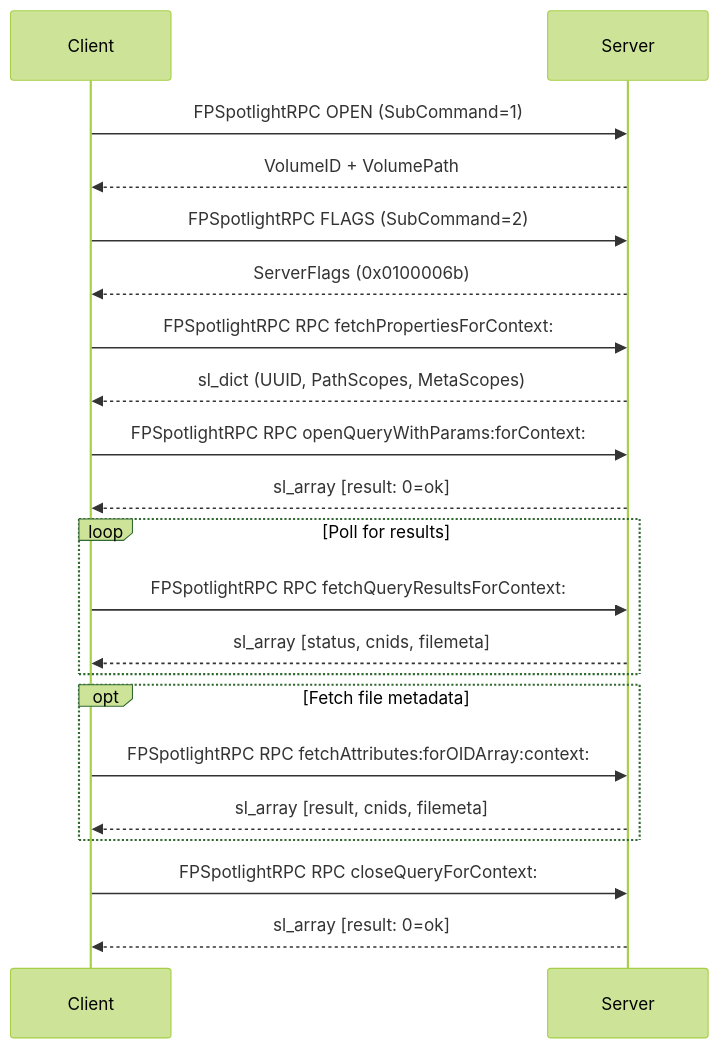
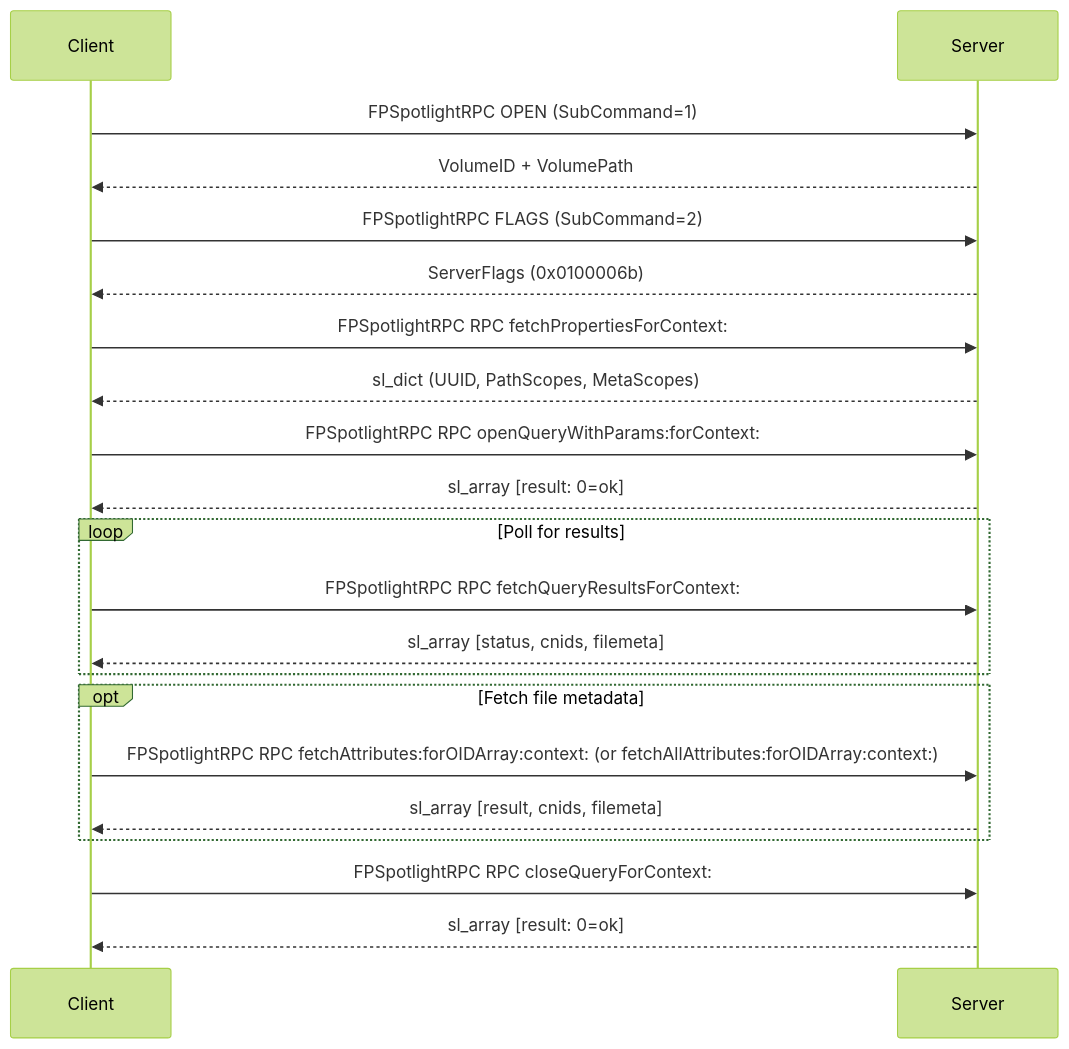
One commit to Netatalk/netatalk.io changed the first of 3 diagrams in spec/FPSpotlightRPC.md. Above: the diagram before and after it, drawn with Mermaid (forest theme). The commit also changed other lines of this file, not shown here.

````diff
--- a/spec/FPSpotlightRPC.md
+++ b/spec/FPSpotlightRPC.md
@@ -88,30 +88,30 @@
 ```mermaid
 sequenceDiagram
     participant Client
     participant Server
 
     Client->>Server: FPSpotlightRPC OPEN (SubCommand=1)
     Server-->>Client: VolumeID + VolumePath
 
     Client->>Server: FPSpotlightRPC FLAGS (SubCommand=2)
     Server-->>Client: ServerFlags (0x0100006b)
 
     Client->>Server: FPSpotlightRPC RPC fetchPropertiesForContext:
     Server-->>Client: sl_dict (UUID, PathScopes, MetaScopes)
 
     Client->>Server: FPSpotlightRPC RPC openQueryWithParams:forContext:
     Server-->>Client: sl_array [result: 0=ok]
 
     loop Poll for results
         Client->>Server: FPSpotlightRPC RPC fetchQueryResultsForContext:
         Server-->>Client: sl_array [status, cnids, filemeta]
     end
 
     opt Fetch file metadata
-        Client->>Server: FPSpotlightRPC RPC fetchAttributes:forOIDArray:context:
+        Client->>Server: FPSpotlightRPC RPC fetchAttributes:forOIDArray:context: (or fetchAllAttributes:forOIDArray:context:)
         Server-->>Client: sl_array [result, cnids, filemeta]
     end
 
     Client->>Server: FPSpotlightRPC RPC closeQueryForContext:
     Server-->>Client: sl_array [result: 0=ok]
 ```
````
